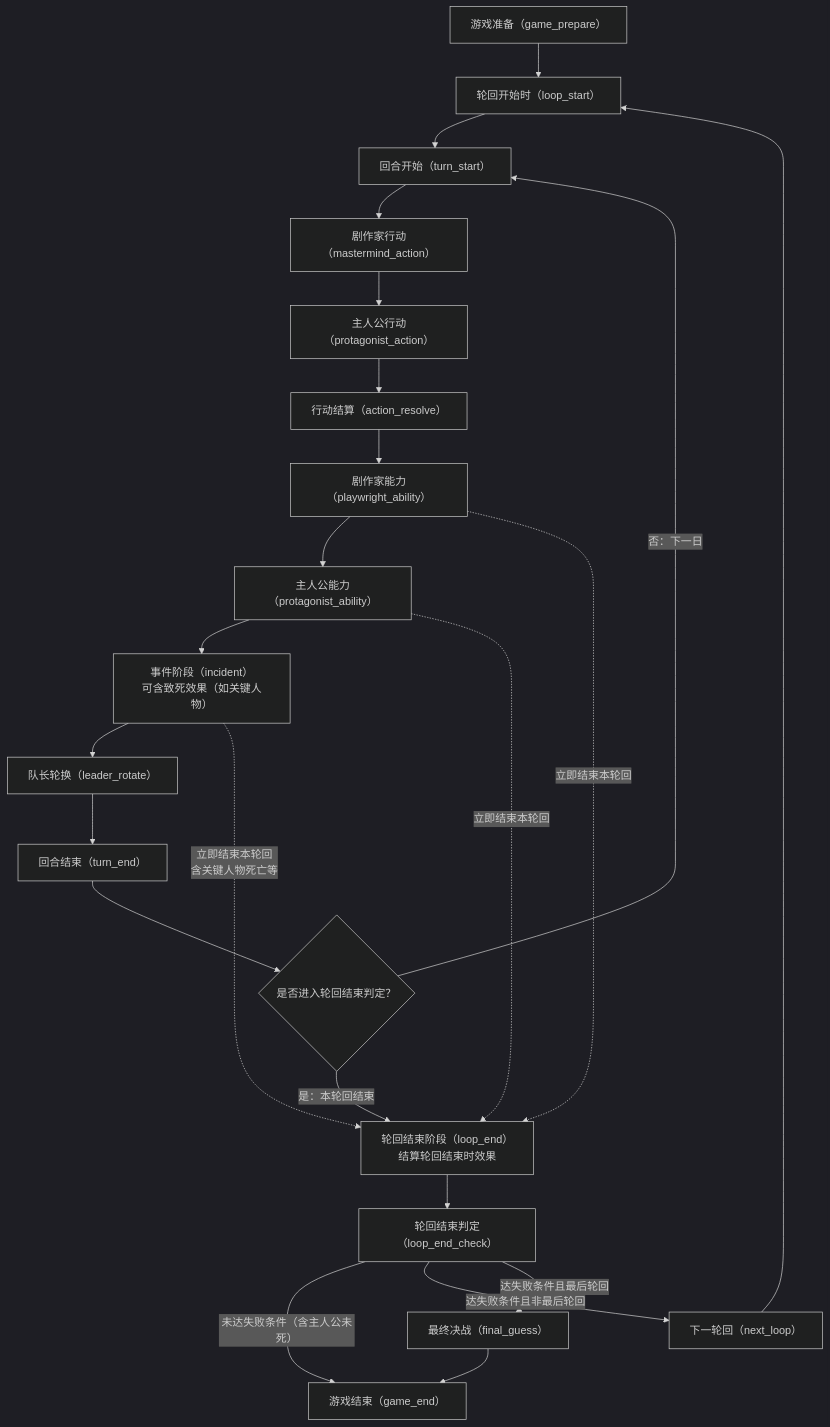
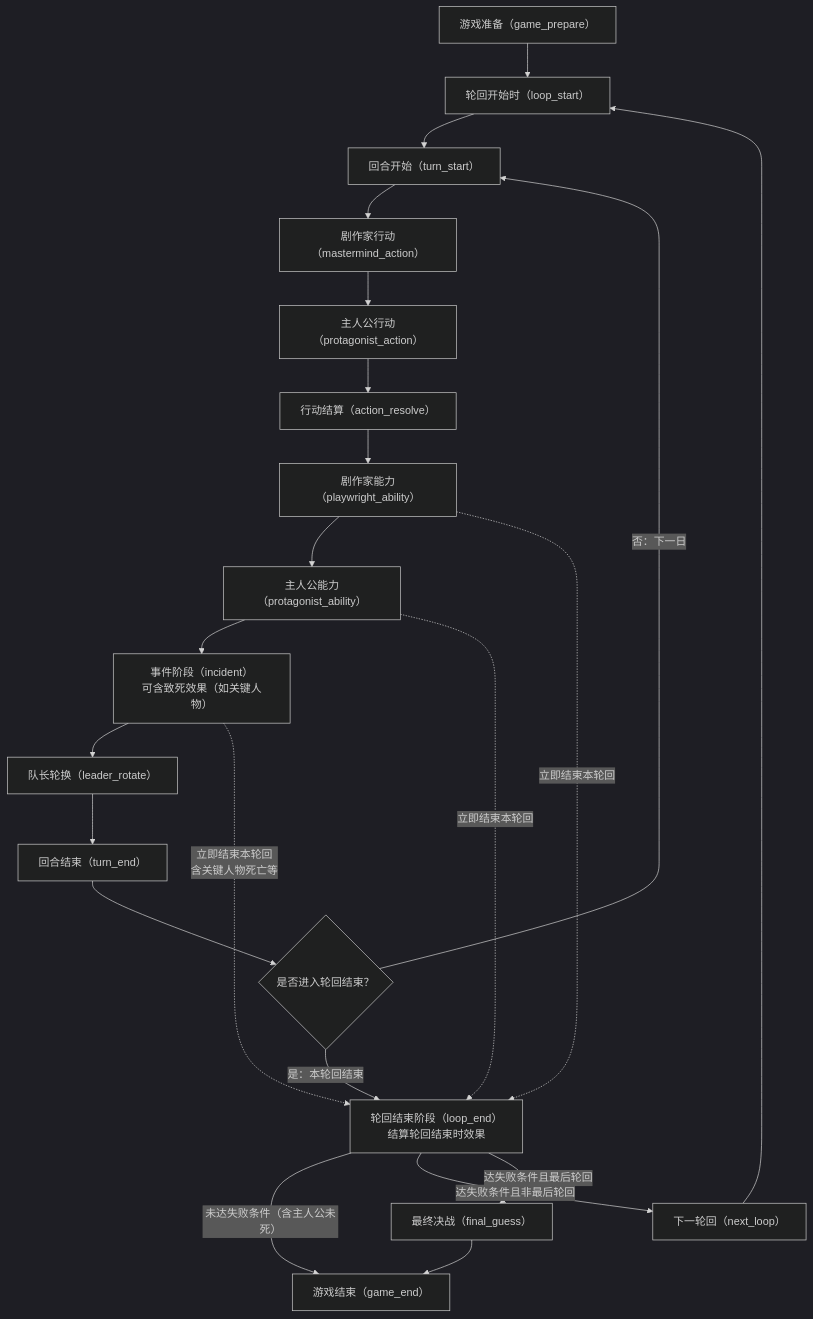
The diagram in tragedy_loop_game_rules.md (MrLloyd/tragedy-Loop), drawn with Mermaid (dark theme) before and after one commit. The commit also changed other lines of this file and 44 other files, not shown here.

````diff
--- a/tragedy_loop_game_rules.md
+++ b/tragedy_loop_game_rules.md
@@ -33,44 +33,42 @@
 ```mermaid
 flowchart TD
   gamePrepare["游戏准备（game_prepare）"]
   loopStart["轮回开始时（loop_start）"]
   turnStart["回合开始（turn_start）"]
   mastermindAction["剧作家行动（mastermind_action）"]
   protagonistAction["主人公行动（protagonist_action）"]
   actionResolve["行动结算（action_resolve）"]
   playwrightAbility["剧作家能力（playwright_ability）"]
   protagonistAbility["主人公能力（protagonist_ability）"]
   incidentStage["事件阶段（incident）<br/>可含致死效果（如关键人物）"]
   leaderRotate["队长轮换（leader_rotate）"]
   turnEnd["回合结束（turn_end）"]
-  needLoopEnd{"是否进入轮回结束判定？"}
+  needLoopEnd{"是否进入轮回结束？"}
   loopEnd["轮回结束阶段（loop_end）<br/>结算轮回结束时效果"]
-  loopEndCheck["轮回结束判定（loop_end_check）"]
   finalGuess["最终决战（final_guess）"]
   gameEnd["游戏结束（game_end）"]
   nextLoop["下一轮回（next_loop）"]
 
   gamePrepare --> loopStart
   loopStart --> turnStart
   turnStart --> mastermindAction
   mastermindAction --> protagonistAction
   protagonistAction --> actionResolve
   actionResolve --> playwrightAbility
   playwrightAbility --> protagonistAbility
   protagonistAbility --> incidentStage
   incidentStage --> leaderRotate
   leaderRotate --> turnEnd
   turnEnd --> needLoopEnd
   needLoopEnd -->|否：下一日| turnStart
   needLoopEnd -->|是：本轮回结束| loopEnd
-  loopEnd --> loopEndCheck
-  loopEndCheck -->|"未达失败条件（含主人公未死）"| gameEnd
-  loopEndCheck -->|"达失败条件且非最后轮回"| nextLoop
+  loopEnd -->|"未达失败条件（含主人公未死）"| gameEnd
+  loopEnd -->|"达失败条件且非最后轮回"| nextLoop
   nextLoop --> loopStart
-  loopEndCheck -->|"达失败条件且最后轮回"| finalGuess
+  loopEnd -->|"达失败条件且最后轮回"| finalGuess
   finalGuess --> gameEnd
 
   playwrightAbility -.->|立即结束本轮回| loopEnd
   protagonistAbility -.->|立即结束本轮回| loopEnd
   incidentStage -.->|立即结束本轮回<br/>含关键人物死亡等| loopEnd
 ```
````
